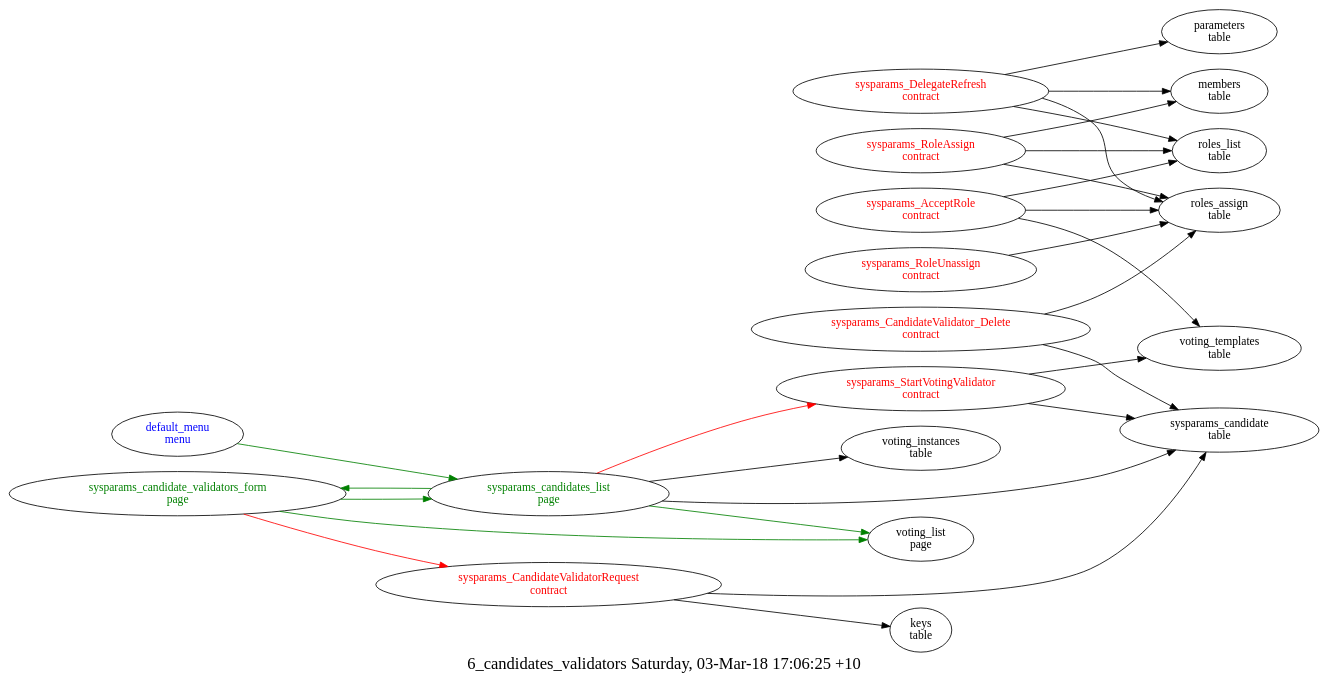
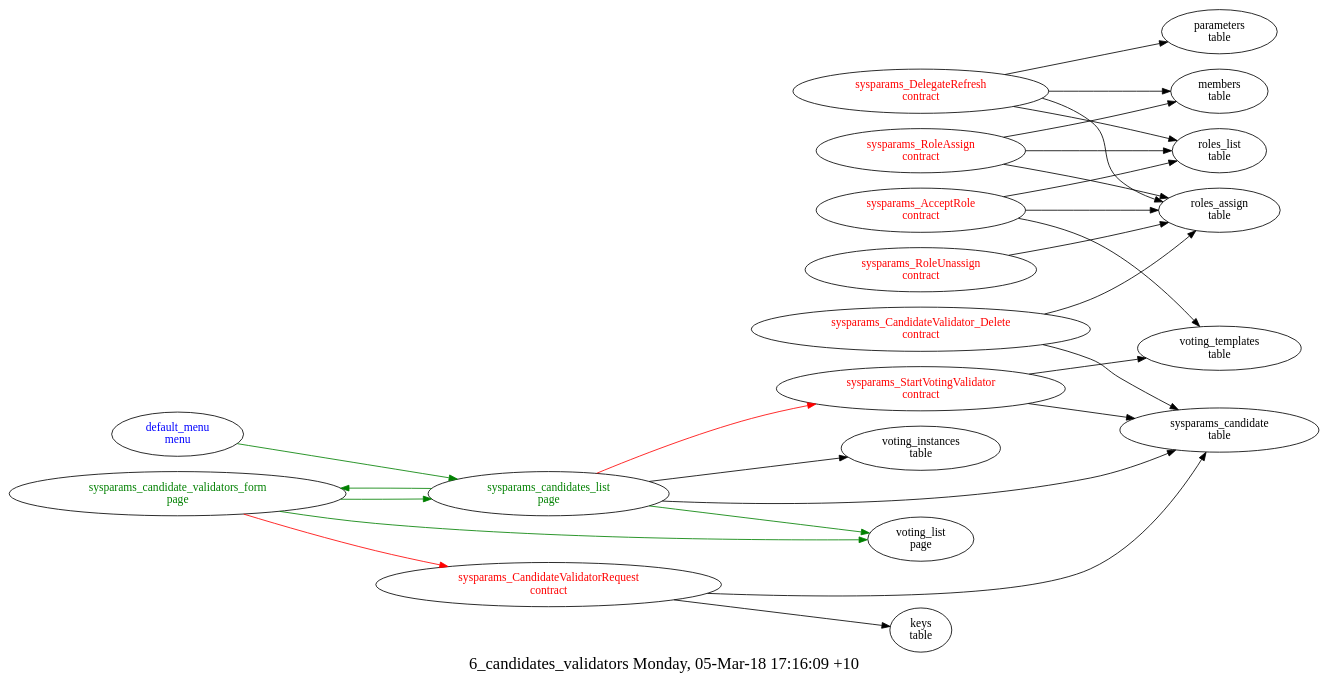
Before and after one commit to AplaProject/apps: the diagram in src/basic/basic_main/6_candidates_validators/struct.dot, drawn with Graphviz. The commit also changed 70 other files, not shown here.

```diff
--- a/src/basic/basic_main/6_candidates_validators/struct.dot
+++ b/src/basic/basic_main/6_candidates_validators/struct.dot
@@ -1,42 +1,42 @@
 digraph G {
 fontsize="20.0";
-label="6_candidates_validators Saturday, 03-Mar-18 17:06:25 +10";
+label="6_candidates_validators Monday, 05-Mar-18 17:16:09 +10";
 rankdir=LR;
 "sysparams_RoleUnassign\ncontract" -> "roles_assign\ntable"
 "sysparams_RoleUnassign\ncontract" [fontcolor=red, group=contracts];
 "sysparams_RoleAssign\ncontract" -> "roles_list\ntable"
 "sysparams_RoleAssign\ncontract" -> "members\ntable"
 "sysparams_RoleAssign\ncontract" -> "roles_assign\ntable"
 "sysparams_RoleAssign\ncontract" [fontcolor=red, group=contracts];
 "sysparams_CandidateValidator_Delete\ncontract" -> "sysparams_candidate\ntable"
 "sysparams_CandidateValidator_Delete\ncontract" -> "roles_assign\ntable"
 "sysparams_CandidateValidator_Delete\ncontract" [fontcolor=red, group=contracts];
 "sysparams_CandidateValidatorRequest\ncontract" -> "keys\ntable"
 "sysparams_CandidateValidatorRequest\ncontract" -> "sysparams_candidate\ntable"
 "sysparams_CandidateValidatorRequest\ncontract" [fontcolor=red, group=contracts];
 "sysparams_DelegateRefresh\ncontract" -> "roles_list\ntable"
 "sysparams_DelegateRefresh\ncontract" -> "parameters\ntable"
 "sysparams_DelegateRefresh\ncontract" -> "roles_assign\ntable"
 "sysparams_DelegateRefresh\ncontract" -> "members\ntable"
 "sysparams_DelegateRefresh\ncontract" [fontcolor=red, group=contracts];
 "sysparams_AcceptRole\ncontract" -> "voting_templates\ntable"
 "sysparams_AcceptRole\ncontract" -> "roles_list\ntable"
 "sysparams_AcceptRole\ncontract" -> "roles_assign\ntable"
 "sysparams_AcceptRole\ncontract" [fontcolor=red, group=contracts];
 "sysparams_StartVotingValidator\ncontract" -> "voting_templates\ntable"
 "sysparams_StartVotingValidator\ncontract" -> "sysparams_candidate\ntable"
 "sysparams_StartVotingValidator\ncontract" [fontcolor=red, group=contracts];
 "default_menu\nmenu" -> "sysparams_candidates_list\npage"  [ color=green ]
 "default_menu\nmenu" [fontcolor=blue, group=menus];
 "sysparams_candidate_validators_form\npage" -> "sysparams_CandidateValidatorRequest\ncontract"  [ color=red ]
 "sysparams_candidate_validators_form\npage" -> "sysparams_candidates_list\npage"  [ color=green ]
 "sysparams_candidate_validators_form\npage" -> "voting_list\npage"  [ color=green ]
 "sysparams_candidate_validators_form\npage" [fontcolor=green, group=pages];
 "sysparams_candidates_list\npage" -> "sysparams_StartVotingValidator\ncontract"  [ color=red ]
 "sysparams_candidates_list\npage" -> "sysparams_candidate\ntable"
 "sysparams_candidates_list\npage" -> "voting_instances\ntable"
 "sysparams_candidates_list\npage" -> "voting_list\npage"  [ color=green ]
 "sysparams_candidates_list\npage" -> "sysparams_candidate_validators_form\npage"  [ color=green ]
 "sysparams_candidates_list\npage" [fontcolor=green, group=pages];
 "sysparams_candidate\ntable" [group=tables];
 }
```
